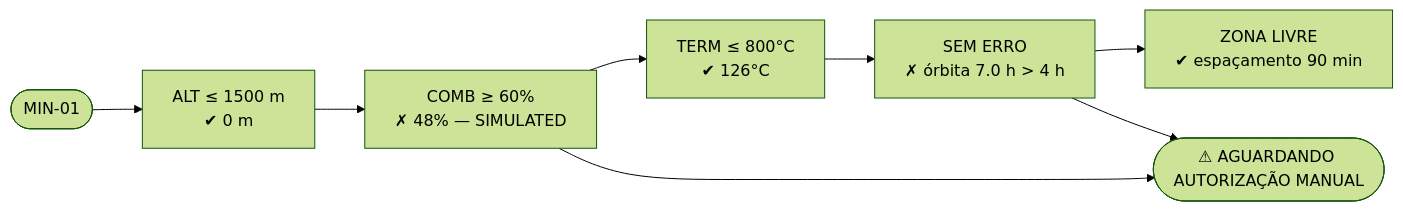
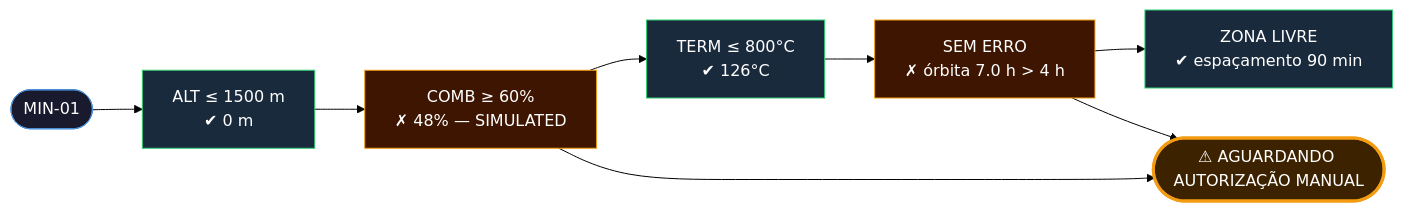
One commit to juliaramosguedes/fiap-fase-2-aurora-siger changed the eighth of 9 diagrams in README.md. Above: the diagram before and after it, drawn with Mermaid (forest theme). The commit also changed other lines of this file, not shown here.

Commit message:
docs: apply space-themed color palette to all mermaid diagrams

````diff
--- a/README.md
+++ b/README.md
@@ -148,10 +209,18 @@
 ```mermaid
 flowchart LR
     A([MIN-01]) --> B["ALT ≤ 1500 m\n✔ 0 m"]
     B --> C["COMB ≥ 60%\n✗ 48% — SIMULATED"]
     C --> D["TERM ≤ 800°C\n✔ 126°C"]
     D --> E["SEM ERRO\n✗ órbita 7.0 h > 4 h"]
     E --> F["ZONA LIVRE\n✔ espaçamento 90 min"]
     C --> G
     E --> G([⚠ AGUARDANDO AUTORIZAÇÃO MANUAL])
+
+    style A fill:#1a1a2e,color:#fff,stroke:#4a90d9
+    style B fill:#1a2a3d,color:#fff,stroke:#2ecc71
+    style C fill:#3d1500,color:#fff,stroke:#f39c12
+    style D fill:#1a2a3d,color:#fff,stroke:#2ecc71
+    style E fill:#3d1500,color:#fff,stroke:#f39c12
+    style F fill:#1a2a3d,color:#fff,stroke:#2ecc71
+    style G fill:#3d2200,color:#fff,stroke:#f39c12,stroke-width:3px
 ```
````
